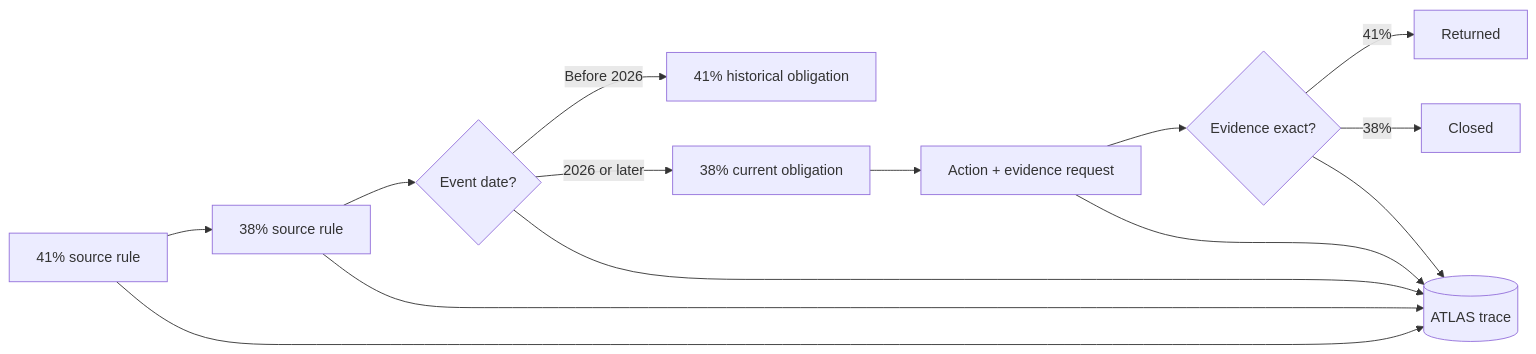
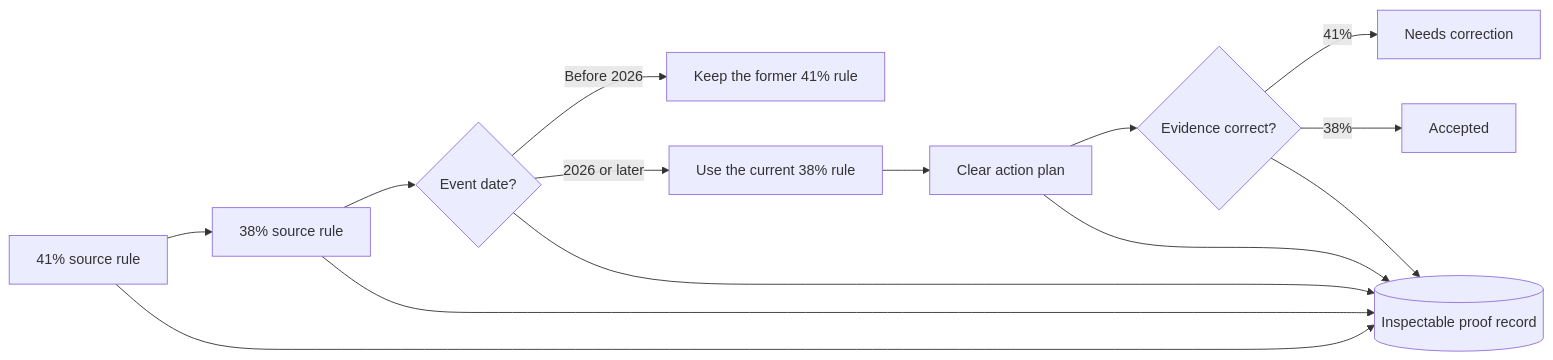
One commit to hbapuram/TARA-Regulatory-Change-Agent changed the diagram in docs/competition-truth-sheet.md. Above: the diagram before and after it, drawn with Mermaid. The commit also changed other lines of this file and 17 other files, not shown here.

````diff
--- a/docs/competition-truth-sheet.md
+++ b/docs/competition-truth-sheet.md
@@ -9,12 +9,12 @@
 ```mermaid
 flowchart LR
     A[41% source rule] --> B[38% source rule]
     B --> C{Event date?}
-    C -- Before 2026 --> D[41% historical obligation]
-    C -- 2026 or later --> E[38% current obligation]
-    E --> F[Action + evidence request]
-    F --> G{Evidence exact?}
-    G -- 41% --> H[Returned]
-    G -- 38% --> I[Closed]
-    A & B & C & F & G --> J[(ATLAS trace)]
+    C -- Before 2026 --> D[Keep the former 41% rule]
+    C -- 2026 or later --> E[Use the current 38% rule]
+    E --> F[Clear action plan]
+    F --> G{Evidence correct?}
+    G -- 41% --> H[Needs correction]
+    G -- 38% --> I[Accepted]
+    A & B & C & F & G --> J[(Inspectable proof record)]
 ```
````
